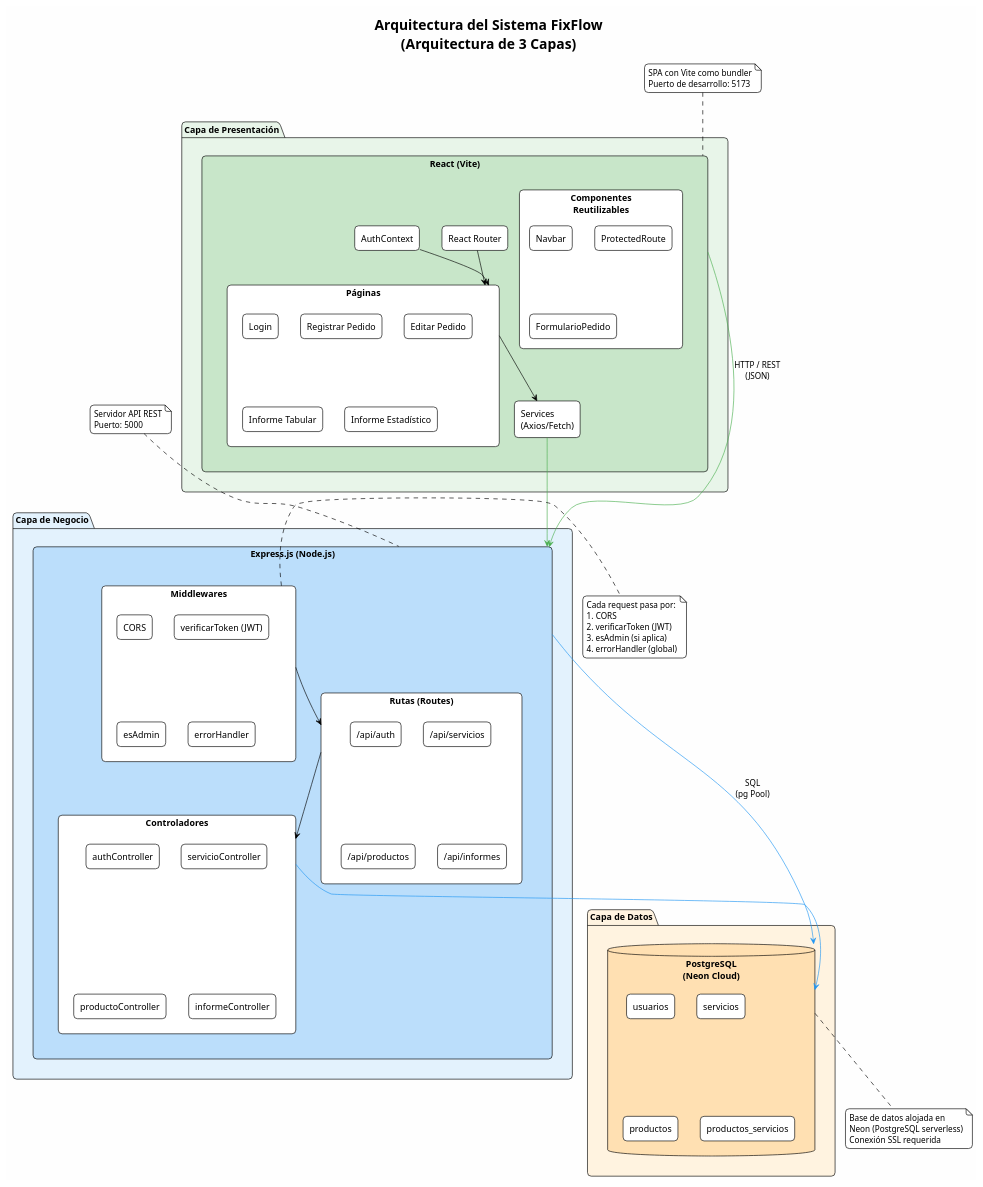
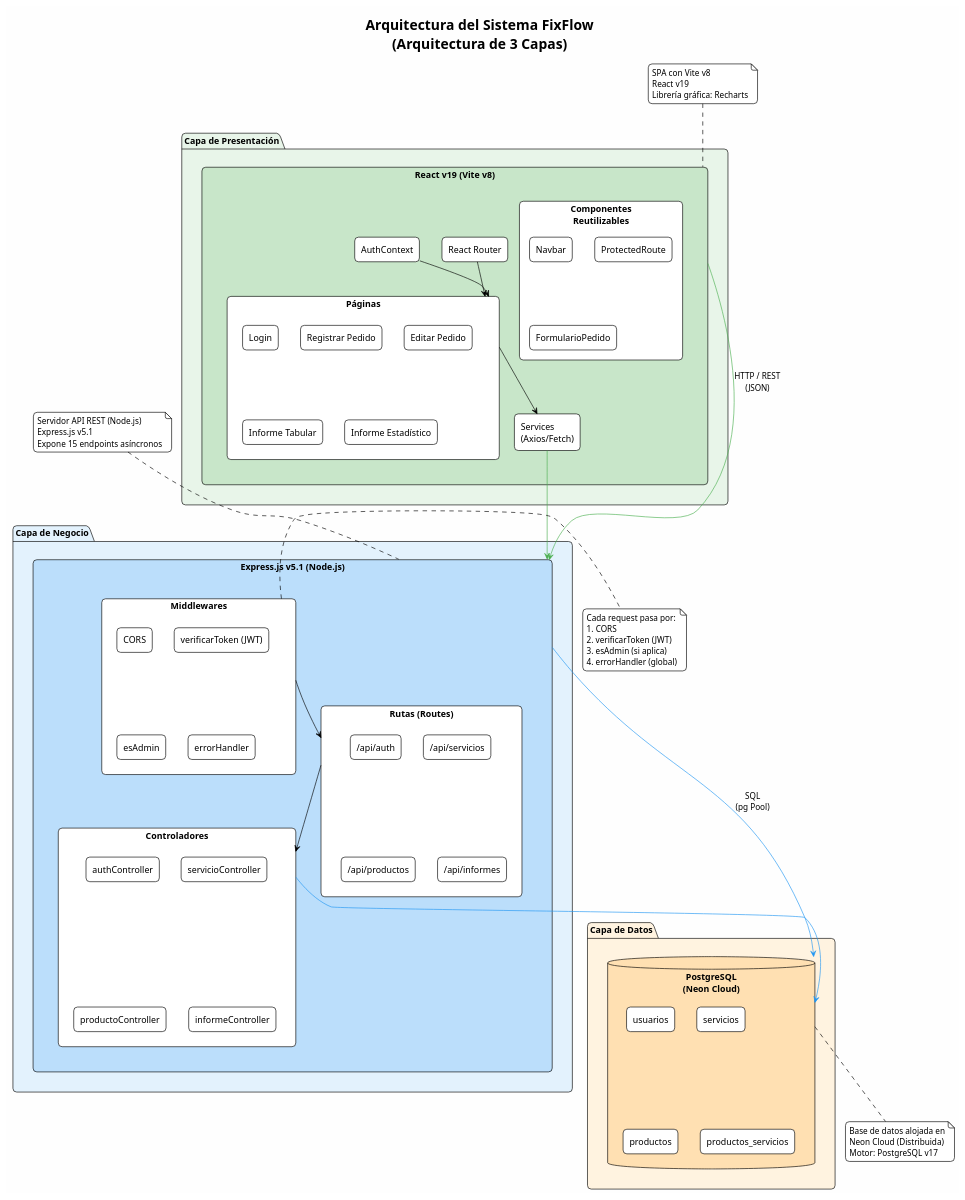
One commit to nicolasgarcia2004/FixFlow changed the diagram in docs/diagramas/arquitectura.puml. Above: the diagram before and after it, drawn with PlantUML.

Commit message:
docs: Actualizar diagrama de arquitectura con versiones exactas (React 19, Express 5.1, Recharts)

```diff
--- a/docs/diagramas/arquitectura.puml
+++ b/docs/diagramas/arquitectura.puml
@@ -1,106 +1,108 @@
 @startuml arquitectura_fixflow
 !theme plain
 skinparam backgroundColor #FEFEFE
 skinparam componentStyle rectangle
 skinparam defaultFontName Raleway
 skinparam shadowing false
 skinparam roundCorner 12
 
 title Arquitectura del Sistema FixFlow\n(Arquitectura de 3 Capas)
 
 ' ===== CAPA DE PRESENTACION =====
 package "Capa de Presentación" as frontend #E8F5E9 {
-    component "React (Vite)" as react #C8E6C9 {
+    component "React v19 (Vite v8)" as react #C8E6C9 {
         component "React Router" as router
         component "AuthContext" as authCtx
         component "Páginas" as pages {
             [Login]
             [Registrar Pedido]
             [Editar Pedido]
             [Informe Tabular]
             [Informe Estadístico]
         }
         component "Componentes\nReutilizables" as shared {
             [Navbar]
             [ProtectedRoute]
             [FormularioPedido]
         }
         component "Services\n(Axios/Fetch)" as apiService
     }
 }
 
 ' ===== CAPA DE NEGOCIO =====
 package "Capa de Negocio" as backend #E3F2FD {
-    component "Express.js (Node.js)" as express #BBDEFB {
+    component "Express.js v5.1 (Node.js)" as express #BBDEFB {
         component "Middlewares" as mw {
             [CORS]
             [verificarToken (JWT)]
             [esAdmin]
             [errorHandler]
         }
         component "Rutas (Routes)" as routes {
             [/api/auth]
             [/api/servicios]
             [/api/productos]
             [/api/informes]
         }
         component "Controladores" as controllers {
             [authController]
             [servicioController]
             [productoController]
             [informeController]
         }
     }
 }
 
 ' ===== CAPA DE DATOS =====
 package "Capa de Datos" as data #FFF3E0 {
     database "PostgreSQL\n(Neon Cloud)" as db #FFE0B2 {
         [usuarios]
         [servicios]
         [productos]
         [productos_servicios]
     }
 }
 
 ' ===== CONEXIONES =====
 react -[#4CAF50]-> express : "HTTP / REST\n(JSON)"
 express -[#2196F3]-> db : "SQL\n(pg Pool)"
 
 ' Flujo interno frontend
 router --> pages
 authCtx --> pages
 pages --> apiService
 apiService -[#4CAF50]-> express
 
 ' Flujo interno backend
 mw --> routes
 routes --> controllers
 controllers -[#2196F3]-> db
 
 ' ===== NOTAS =====
 note right of mw
   Cada request pasa por:
   1. CORS
   2. verificarToken (JWT)
   3. esAdmin (si aplica)
   4. errorHandler (global)
 end note
 
 note bottom of db
   Base de datos alojada en
-  Neon (PostgreSQL serverless)
-  Conexión SSL requerida
+  Neon Cloud (Distribuida)
+  Motor: PostgreSQL v17
 end note
 
 note top of react
-  SPA con Vite como bundler
-  Puerto de desarrollo: 5173
+  SPA con Vite v8
+  React v19
+  Librería gráfica: Recharts
 end note
 
 note top of express
-  Servidor API REST
-  Puerto: 5000
+  Servidor API REST (Node.js)
+  Express.js v5.1
+  Expone 15 endpoints asíncronos
 end note
 
 @enduml
```
